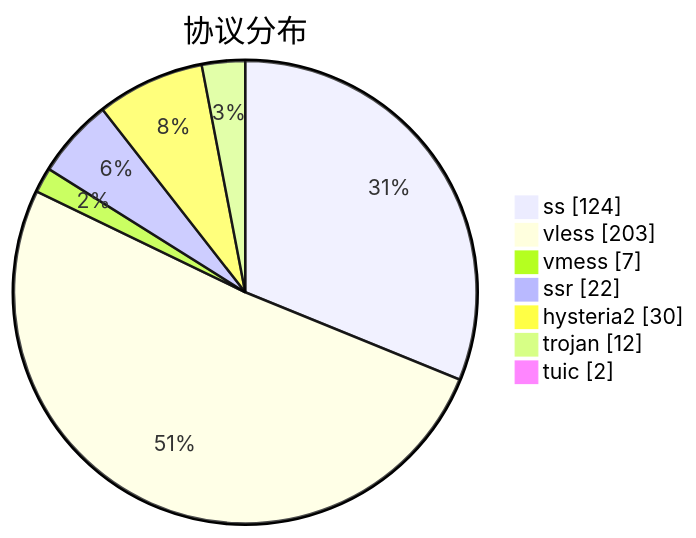
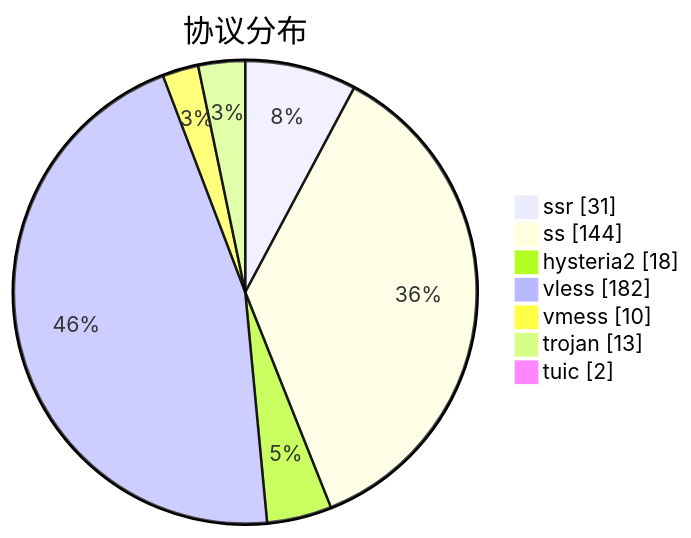
The third of 3 diagrams in subs/statistics/tested_within.md (qjlxg/airport), drawn with Mermaid before and after one commit. The commit also changed other lines of this file and 2 other files, not shown here.

````diff
--- a/subs/statistics/tested_within.md
+++ b/subs/statistics/tested_within.md
@@ -30,11 +33,11 @@
 ```mermaid
 pie showData
 title 协议分布
-"ss" : 124
-"vless" : 203
-"vmess" : 7
-"ssr" : 22
-"hysteria2" : 30
-"trojan" : 12
+"ssr" : 31
+"ss" : 144
+"hysteria2" : 18
+"vless" : 182
+"vmess" : 10
+"trojan" : 13
 "tuic" : 2
 ```
````
